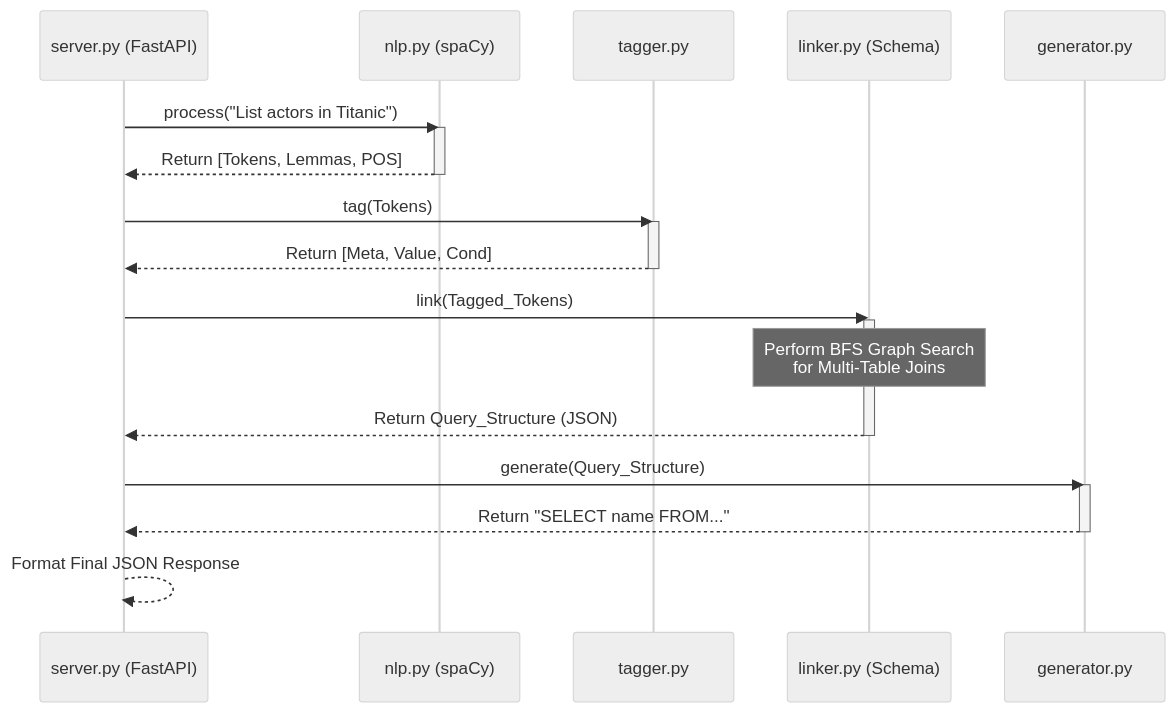
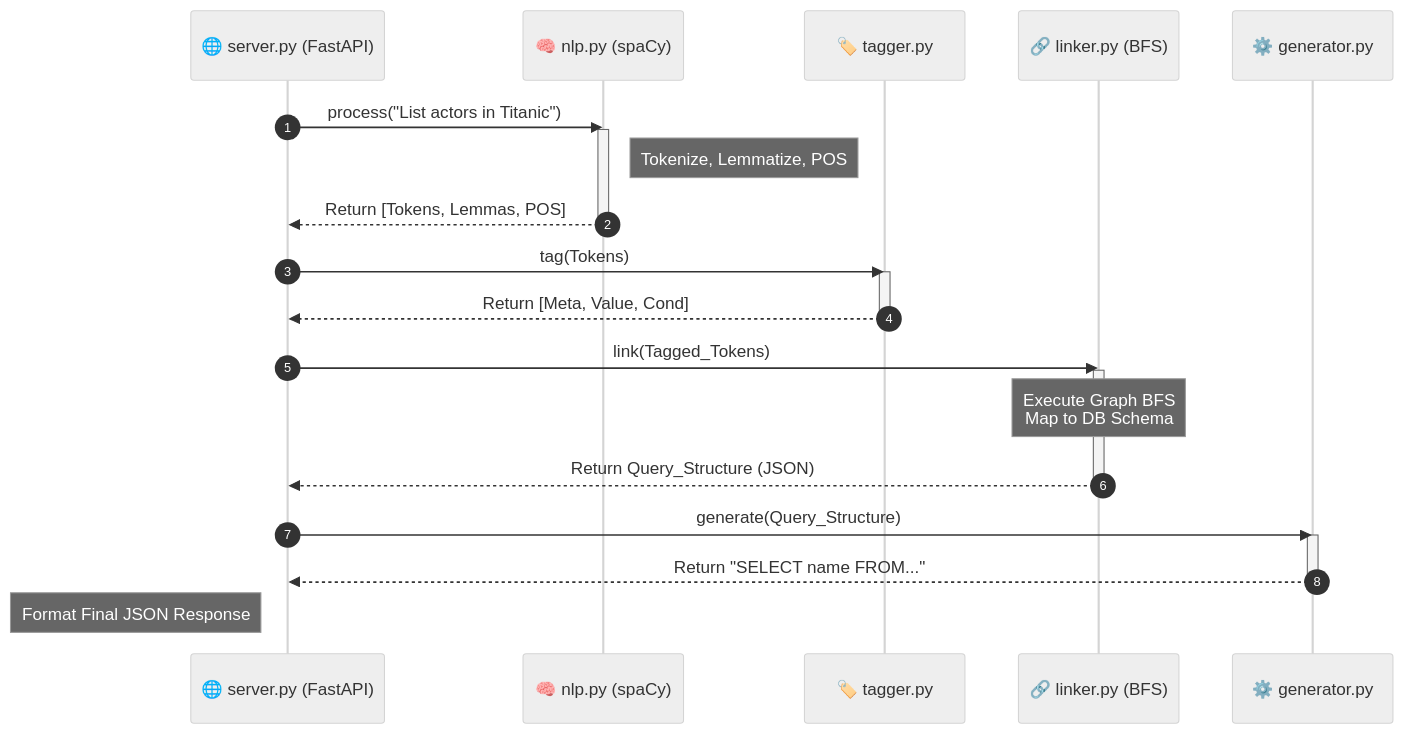
The second of 8 diagrams in Report_Documentation/System_Architecture_Diagrams.md (pavbhaji7/NLPTOSQL), drawn with Mermaid (neutral theme) before and after one commit. The commit also changed other lines of this file, not shown here.

Commit message:
Diagram update

````diff
--- a/Report_Documentation/System_Architecture_Diagrams.md
+++ b/Report_Documentation/System_Architecture_Diagrams.md
@@ -36,31 +39,33 @@
 ```mermaid
 sequenceDiagram
-    participant API as server.py (FastAPI)
-    participant NLP as nlp.py (spaCy)
-    participant Tag as tagger.py
-    participant Lnk as linker.py (Schema)
-    participant Gen as generator.py
+    autonumber
+    participant API as 🌐 server.py (FastAPI)
+    participant NLP as 🧠 nlp.py (spaCy)
+    participant Tag as 🏷️ tagger.py
+    participant Lnk as 🔗 linker.py (BFS)
+    participant Gen as ⚙️ generator.py
     
     API->>NLP: process("List actors in Titanic")
     activate NLP
+    Note right of NLP: Tokenize, Lemmatize, POS
     NLP-->>API: Return [Tokens, Lemmas, POS]
     deactivate NLP
     
     API->>Tag: tag(Tokens)
     activate Tag
     Tag-->>API: Return [Meta, Value, Cond]
     deactivate Tag
     
     API->>Lnk: link(Tagged_Tokens)
     activate Lnk
-    Note over Lnk: Perform BFS Graph Search<br/>for Multi-Table Joins
+    Note over Lnk: Execute Graph BFS<br/>Map to DB Schema
     Lnk-->>API: Return Query_Structure (JSON)
     deactivate Lnk
     
     API->>Gen: generate(Query_Structure)
     activate Gen
     Gen-->>API: Return "SELECT name FROM..."
     deactivate Gen
     
-    API-->>API: Format Final JSON Response
+    Note left of API: Format Final JSON Response
 ```
````
